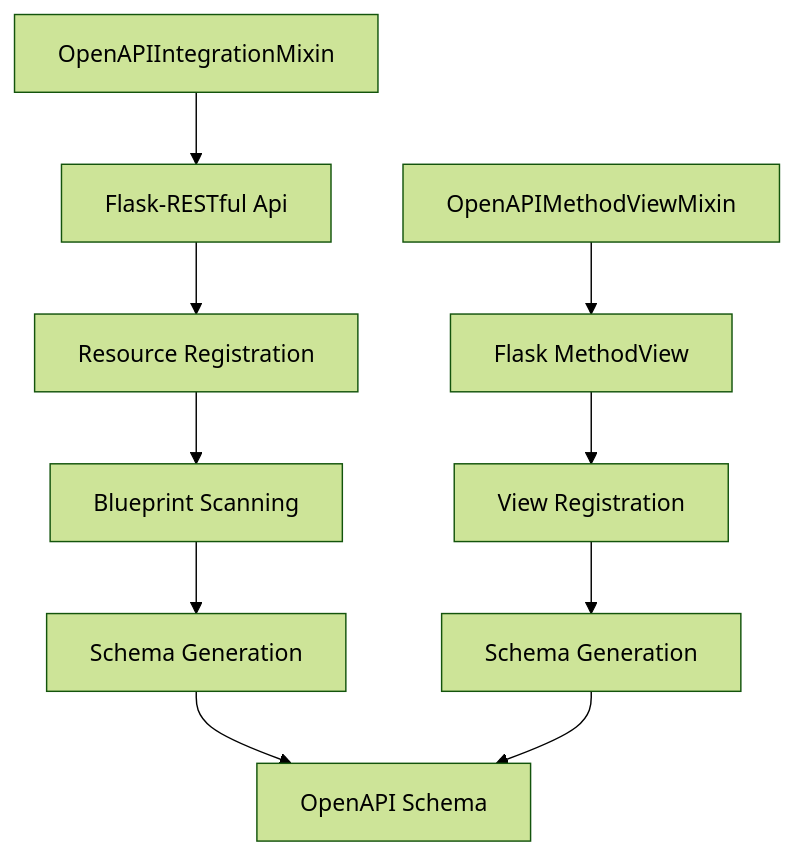
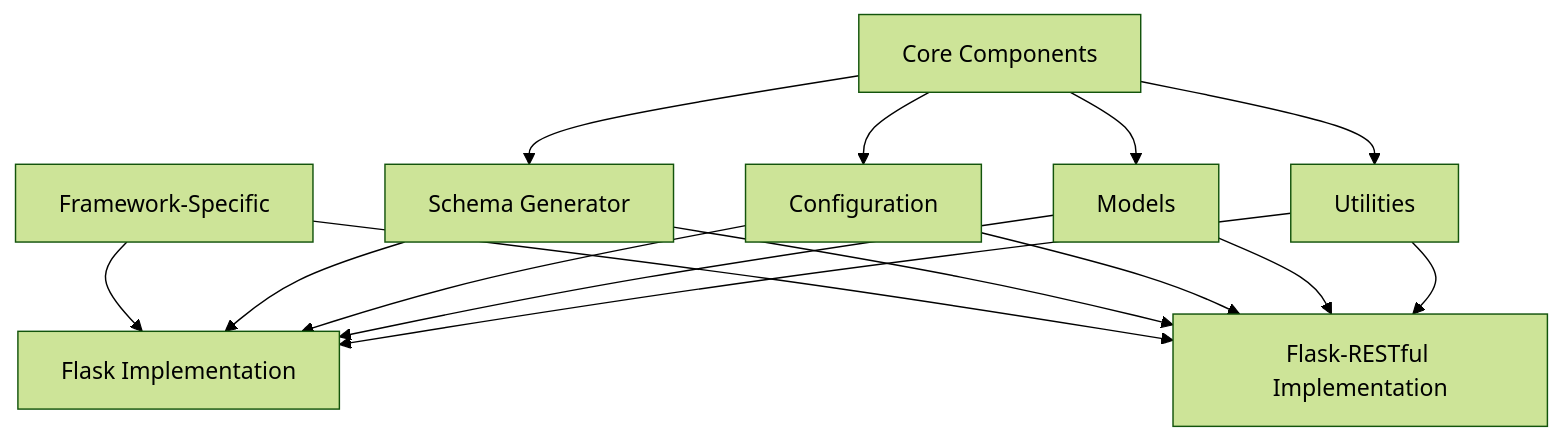
Before and after one commit to StrayDragon/flask-x-openapi-schema: the diagram in docs/core_components.md, drawn with Mermaid (forest theme). The commit also changed other lines of this file and 11 other files, not shown here.

````diff
--- a/docs/core_components.md
+++ b/docs/core_components.md
@@ -278,13 +9,19 @@
 ```mermaid
 graph TD
-    A[OpenAPIIntegrationMixin] --> B[Flask-RESTful Api]
-    B --> C[Resource Registration]
-    C --> D[Blueprint Scanning]
-    D --> E[Schema Generation]
-    E --> F[OpenAPI Schema]
-
-    G[OpenAPIMethodViewMixin] --> H[Flask MethodView]
-    H --> I[View Registration]
-    I --> J[Schema Generation]
-    J --> F
+    A[Core Components] --> B[Schema Generator]
+    A --> C[Configuration]
+    A --> D[Models]
+    A --> E[Utilities]
+    
+    F[Framework-Specific] --> G[Flask Implementation]
+    F --> H[Flask-RESTful Implementation]
+    
+    B --> G
+    B --> H
+    C --> G
+    C --> H
+    D --> G
+    D --> H
+    E --> G
+    E --> H
 ```
````
